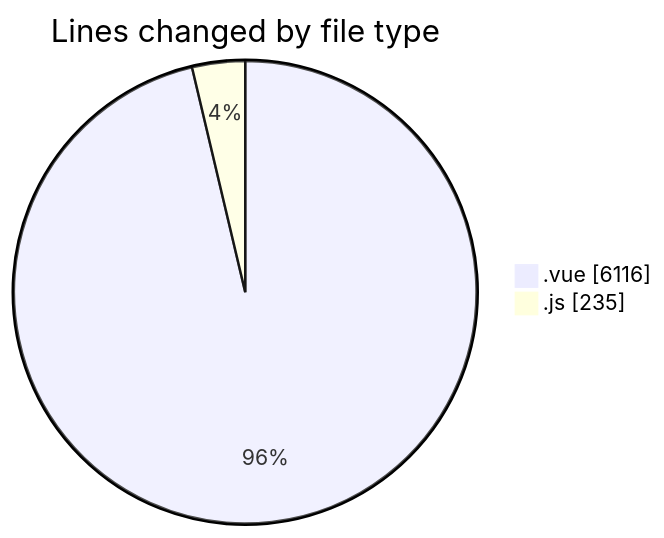
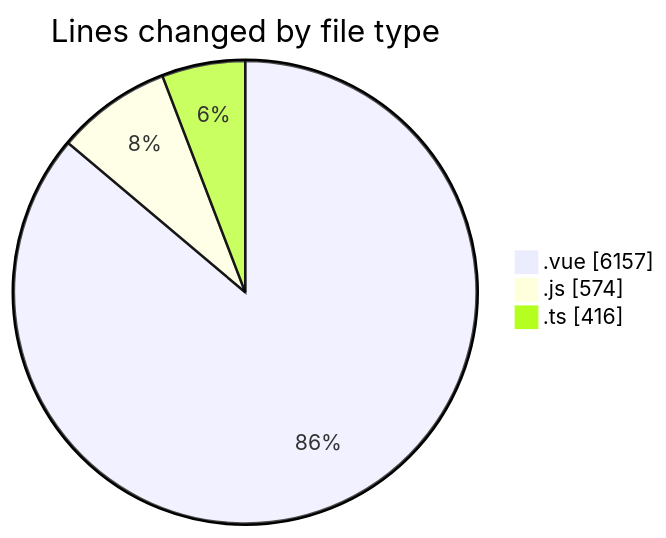
One commit to lephambinh05/code-tracking changed the first of 2 diagrams in 2025-08-13/rentotp/README.md. Above: the diagram before and after it, drawn with Mermaid. The commit also changed other lines of this file and 1 other file, not shown here.

````diff
--- a/2025-08-13/rentotp/README.md
+++ b/2025-08-13/rentotp/README.md
@@ -30,6 +35,7 @@
 ```mermaid
 pie showData
 title Lines changed by file type
-".vue" : 6116
-".js" : 235
+".vue" : 6157
+".js" : 574
+".ts" : 416
 ```
````
